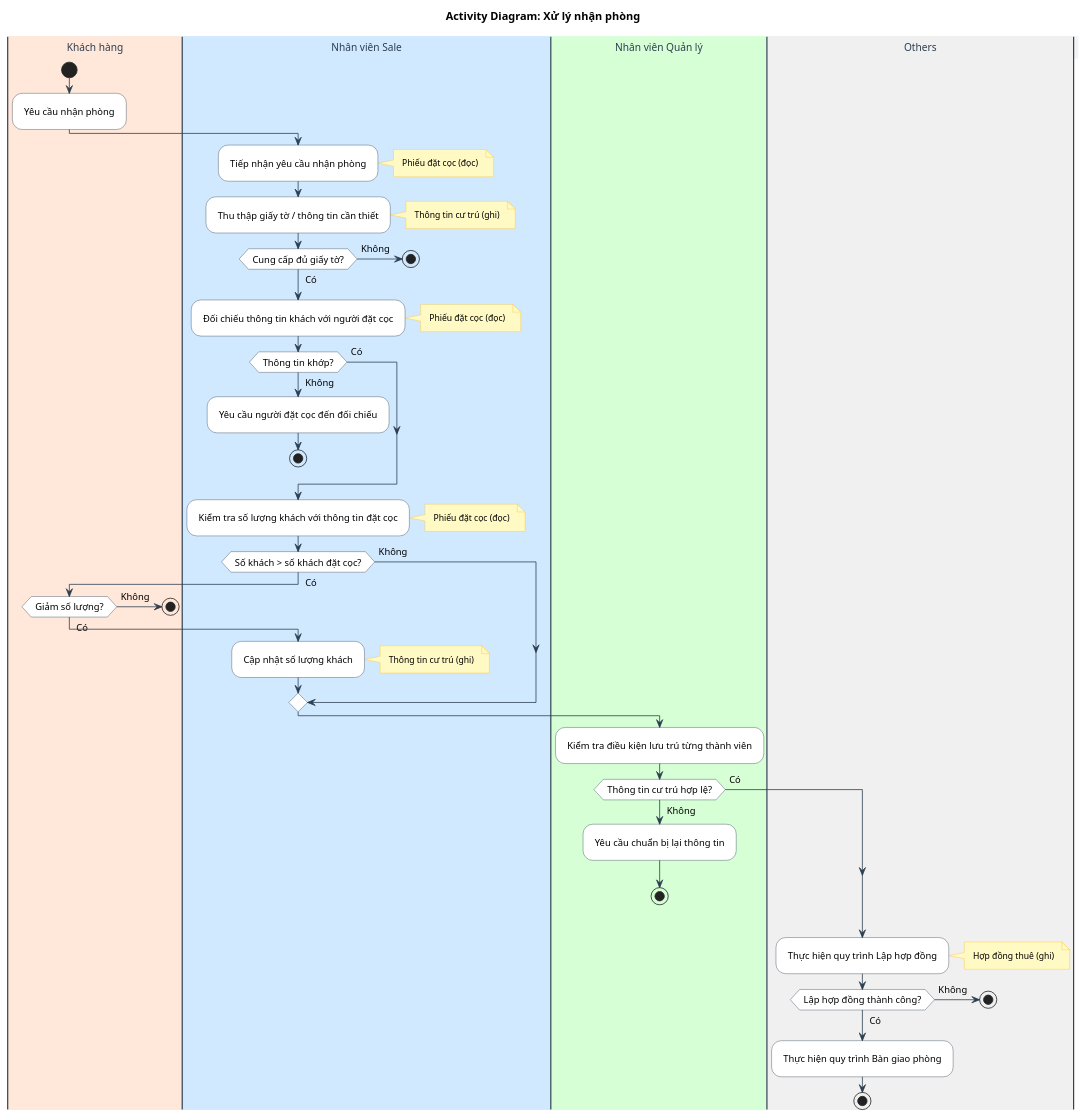
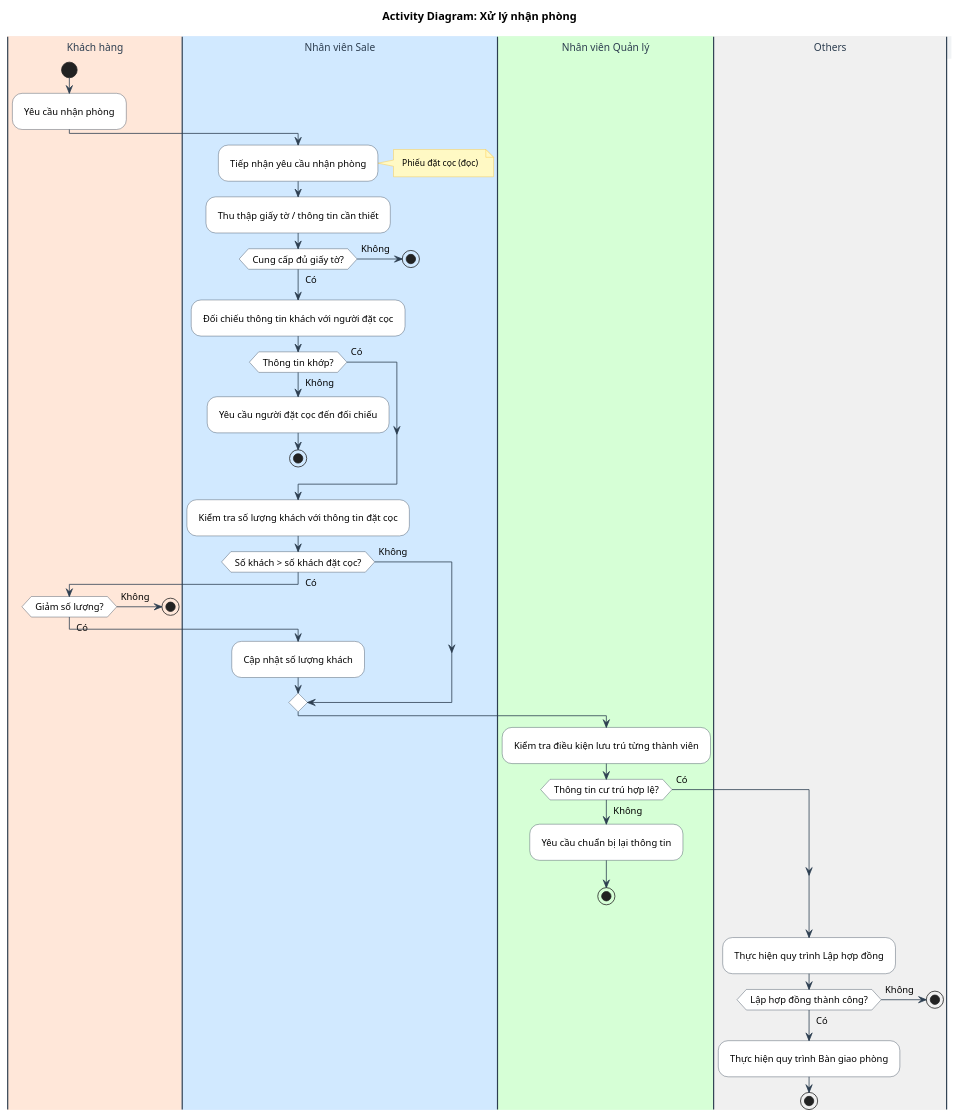
Before and after one commit to Gnourt812005/HCMUS-Analyze-and-desgin-IS: the diagram in doc/business/activity/xu_ly_nhan_phong.wsd, drawn with PlantUML. The commit also changed 2 other files, not shown here.

```diff
--- a/doc/business/activity/xu_ly_nhan_phong.wsd
+++ b/doc/business/activity/xu_ly_nhan_phong.wsd
@@ -1,108 +1,97 @@
 @startuml XuLyNhanPhong
 title Activity Diagram: Xử lý nhận phòng
 
 ' --- STYLE CONFIGURATION ---
 skinparam {
     ActivityBackgroundColor White
     ActivityBorderColor #2D3E50
     ArrowColor #2D3E50
     DefaultFontName "Arial"
     DefaultFontSize 12
     Padding 5
 
     ' Swimlane styling
     SwimlaneBorderColor #2D3E50
     SwimlaneTitleBackgroundColor #F1F3F5
     SwimlaneTitleFontSize 13
     SwimlaneTitleFontColor #2D3E50
     
     ' Note styling
     NoteBackgroundColor #FFF9C4
     NoteBorderColor #FBC02D
     NoteFontSize 11
 }
 
 ' --- SWIMLANES ---
 |#FFE7D9|Khách hàng|
 |#D1E9FF|Nhân viên Sale|
 |#D6FFD6|Nhân viên Quản lý|
 |#F0F0F0|Others|
 
 
 
 |Khách hàng|
 start
 :Yêu cầu nhận phòng;
 
 |Nhân viên Sale|
 :Tiếp nhận yêu cầu nhận phòng;
 note right
 Phiếu đặt cọc (đọc)
 end note
 
 :Thu thập giấy tờ / thông tin cần thiết;
-note right
-Thông tin cư trú (ghi)
-end note
+
 
 if (Cung cấp đủ giấy tờ?) then (Có)
 else (Không)
     stop
 endif
 
 :Đối chiếu thông tin khách với người đặt cọc;
-note right
-Phiếu đặt cọc (đọc)
-end note
+
 
 if (Thông tin khớp?) then (Có)
 else (Không)
     :Yêu cầu người đặt cọc đến đối chiếu;
     stop
 endif
 
 :Kiểm tra số lượng khách với thông tin đặt cọc;
-note right
-Phiếu đặt cọc (đọc)
-end note
+
 
 if (Số khách > số khách đặt cọc?) then (Có)
     |Khách hàng|
 
     if (Giảm số lượng?) then (Không)
         stop
     else (Có)
         |Nhân viên Sale|
         :Cập nhật số lượng khách;
-        note right
-        Thông tin cư trú (ghi)
-        end note
     endif
 
 else (Không)
 endif
 
 
 |Nhân viên Quản lý|
 :Kiểm tra điều kiện lưu trú từng thành viên;
 
 if (Thông tin cư trú hợp lệ?) then (Có)
 else (Không)
     :Yêu cầu chuẩn bị lại thông tin;
     stop
 endif
 
 |Others|
 :Thực hiện quy trình Lập hợp đồng;
-note right
-Hợp đồng thuê (ghi)
-end note
+
 if (Lập hợp đồng thành công?) then (Có)
 else (Không)
     stop
 endif
 
 :Thực hiện quy trình Bàn giao phòng;
 
 stop
 @enduml
```
